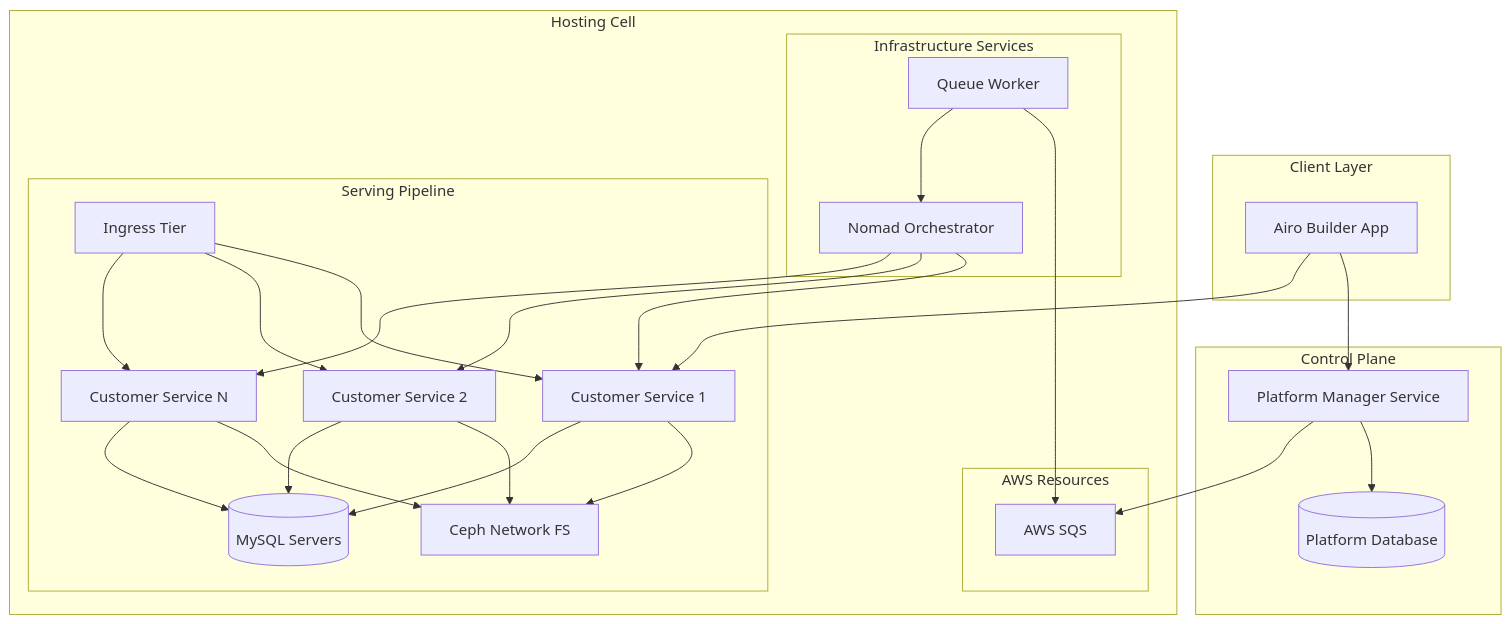
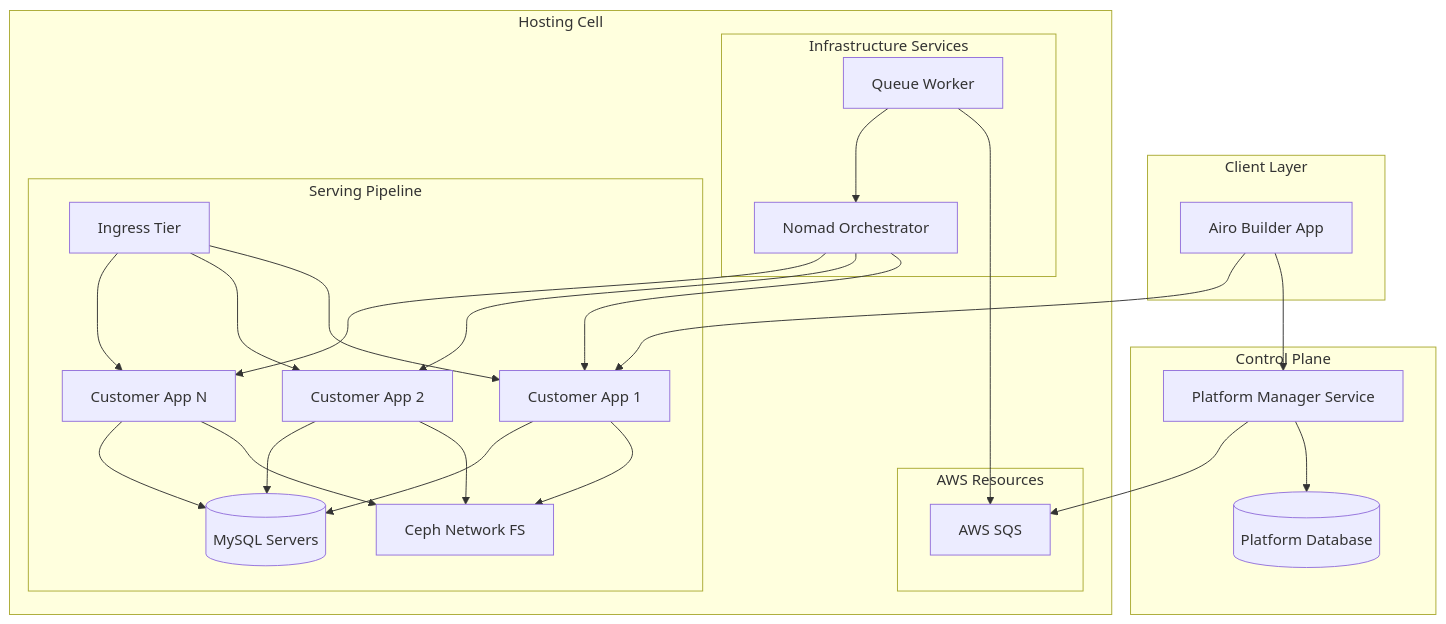
The first of 3 diagrams in docs/ai-hosting-platform-docs.md (hsharif-godaddy/hackathon2026), drawn with Mermaid before and after one commit. The commit also changed other lines of this file and 2 other files, not shown here.

First line of the commit message:
On-Prem Hosting Architecture Doc (#213)

````diff
--- a/docs/ai-hosting-platform-docs.md
+++ b/docs/ai-hosting-platform-docs.md
@@ -9,55 +9,55 @@
 ```mermaid
 graph TB
     subgraph "Client Layer"
         AB[Airo Builder App]
     end
     
     subgraph "Control Plane"
         PM[Platform Manager Service]
         DB[(Platform Database)]
         PM --> DB
     end
     
     subgraph "Hosting Cell"
         subgraph "AWS Resources"
             SQS[AWS SQS]
         end
 
         subgraph "Infrastructure Services"
             NOM[Nomad Orchestrator]
             QW[Queue Worker]
         end
         
         subgraph "Serving Pipeline"
-            CS1[Customer Service 1]
-            CS2[Customer Service 2]
-            CSN[Customer Service N]
+            CA1[Customer App 1]
+            CA2[Customer App 2]
+            CAN[Customer App N]
 
             ING[Ingress Tier]
             CEPH[Ceph Network FS]
             MySQL[(MySQL Servers)]
         end
         
         QW --> SQS
-        NOM --> CS1
-        NOM --> CS2
-        NOM --> CSN
-        ING --> CS1
-        ING --> CS2
-        ING --> CSN
+        NOM --> CA1
+        NOM --> CA2
+        NOM --> CAN
+        ING --> CA1
+        ING --> CA2
+        ING --> CAN
 
-        CS1 --> CEPH
-        CS2 --> CEPH
-        CSN --> CEPH
+        CA1 --> CEPH
+        CA2 --> CEPH
+        CAN --> CEPH
 
-        CS1 --> MySQL
-        CS2 --> MySQL
-        CSN --> MySQL
+        CA1 --> MySQL
+        CA2 --> MySQL
+        CAN --> MySQL
         
     end
     
     AB --> PM
-    AB --> CS1
+    AB --> CA1
     PM --> SQS
     QW --> NOM
 ```
````
